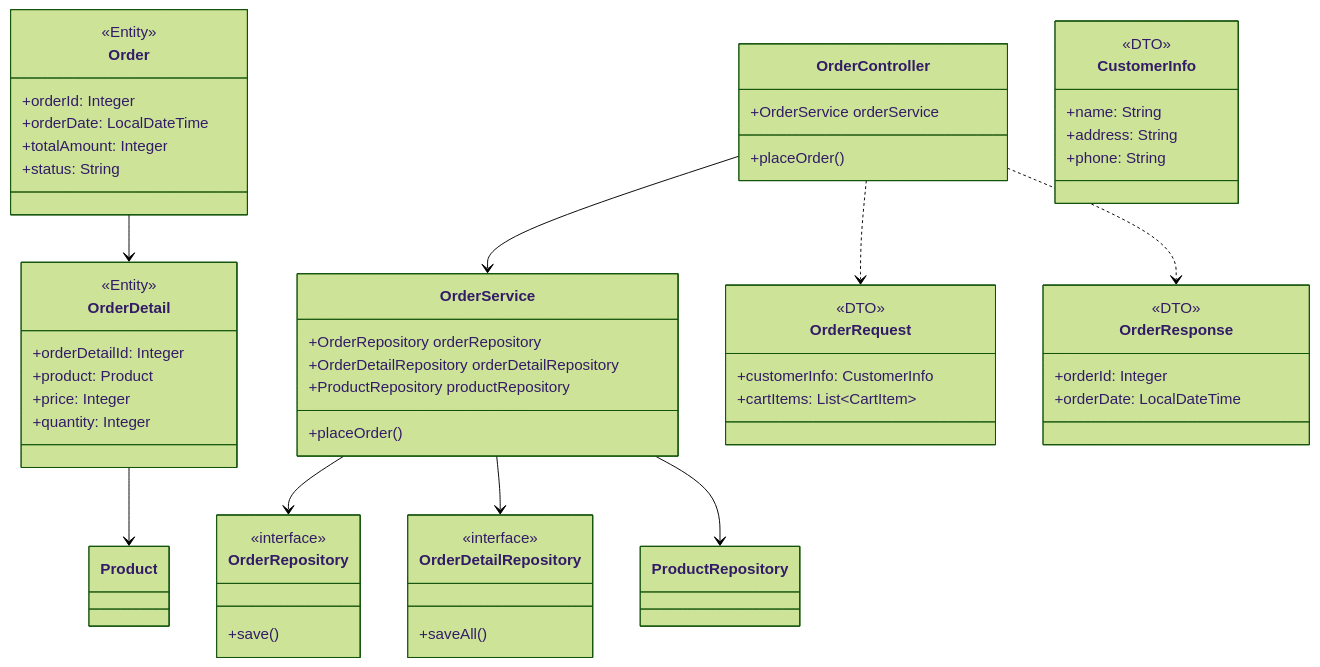
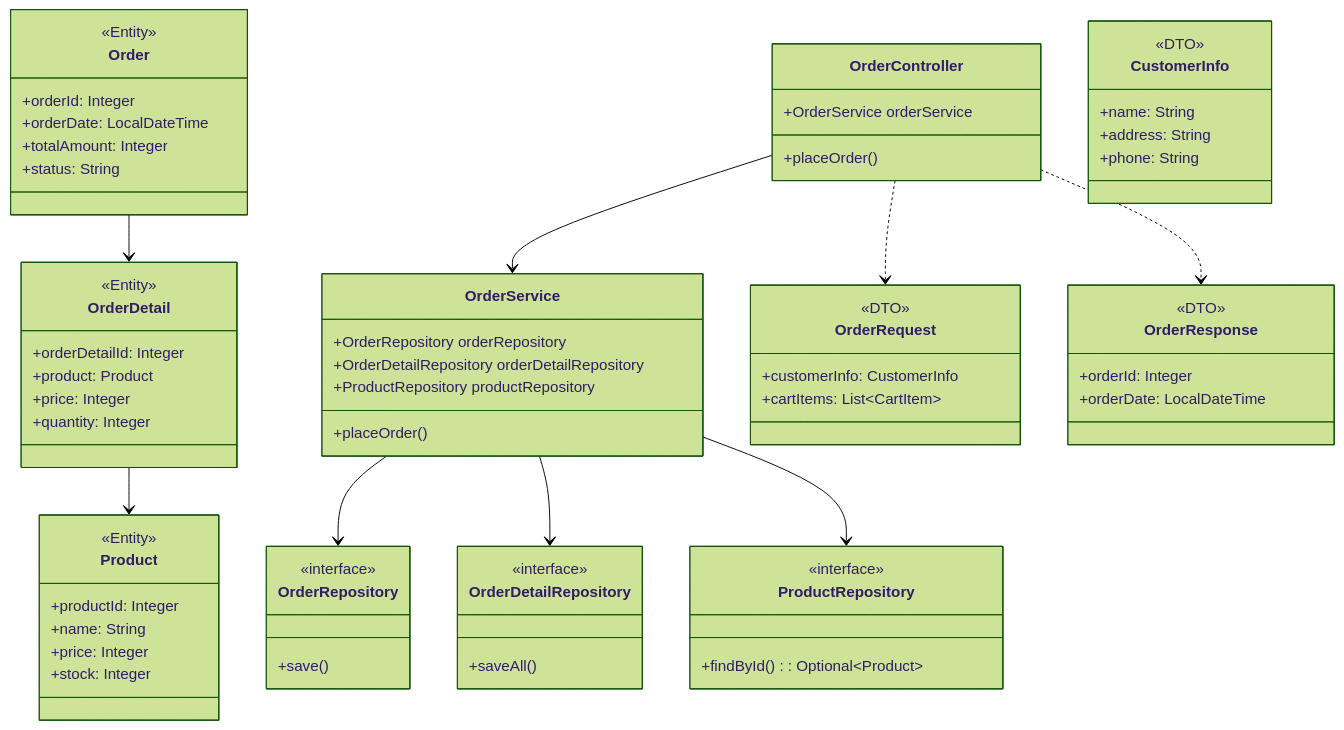
Before and after one commit to Hinako-Kimura127/neko: the third of 4 diagrams in 詳細設計/詳細設計.md, drawn with Mermaid (forest theme). The commit also changed other lines of this file, not shown here.

```diff
--- a/詳細設計/詳細設計.md
+++ b/詳細設計/詳細設計.md
@@ -207,61 +207,73 @@
 <div class="mermaid">
 classDiagram
     class OrderController {
         +OrderService orderService
         +placeOrder()
     }
     class OrderService {
         +OrderRepository orderRepository
         +OrderDetailRepository orderDetailRepository
         +ProductRepository productRepository
         +placeOrder()
     }
     class OrderRepository {
         <<interface>>
         +save()
     }
     class OrderDetailRepository {
         <<interface>>
         +saveAll()
     }
     class Order {
         <<Entity>>
         +orderId: Integer
         +orderDate: LocalDateTime
         +totalAmount: Integer
         +status: String
     }
     class OrderDetail {
         <<Entity>>
         +orderDetailId: Integer
         +product: Product
         +price: Integer
         +quantity: Integer
     }
+    class ProductRepository {
+        <<interface>>
+        +findById(): Optional~Product~
+    }
+    class Product {
+        <<Entity>>
+        +productId: Integer
+        +name: String
+        +price: Integer
+        +stock: Integer
+    }
     class OrderRequest {
         <<DTO>>
         +customerInfo: CustomerInfo
         +cartItems: List~CartItem~
     }
     class OrderResponse {
         <<DTO>>
         +orderId: Integer
         +orderDate: LocalDateTime
     }
     class CustomerInfo {
         <<DTO>>
         +name: String
         +address: String
         +phone: String
     }
 
     OrderController --> OrderService
     OrderService --> OrderRepository
     OrderService --> OrderDetailRepository
     OrderService --> ProductRepository
     Order --> OrderDetail
     OrderDetail --> Product
     OrderController ..> OrderRequest
     OrderController ..> OrderResponse
 
+
 </div>
```
